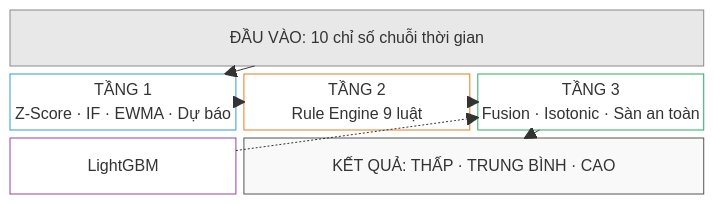
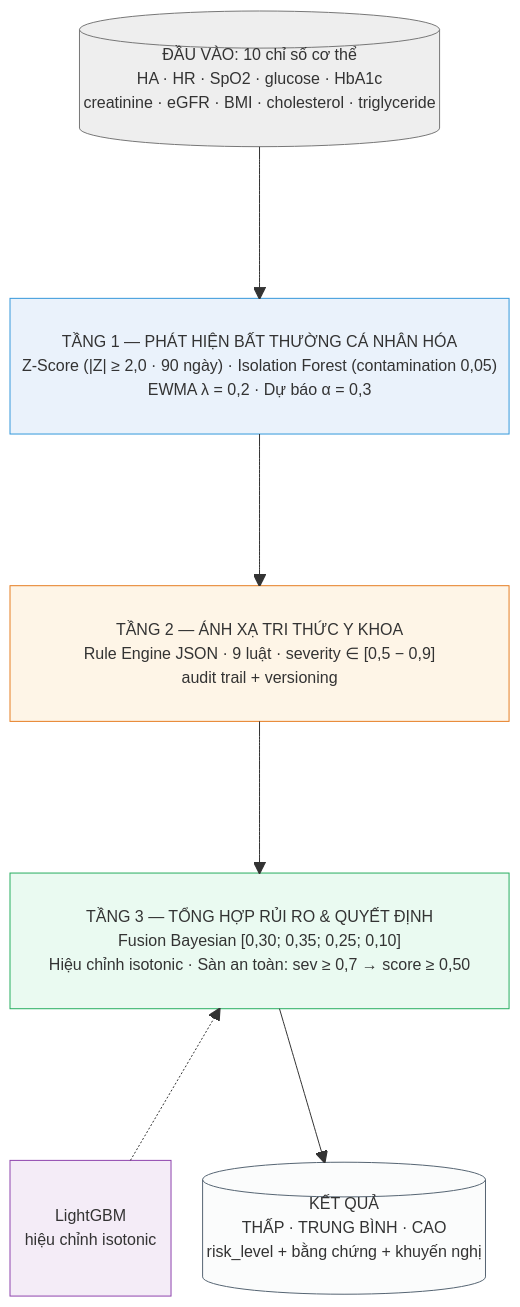
Before and after one commit to dotlinux26/health-risk-early-warning: the diagram in docs/figures/fig7_architecture_3d.mmd, drawn with Mermaid. The commit also changed 8 other files, not shown here.

```diff
--- a/docs/figures/fig7_architecture_3d.mmd
+++ b/docs/figures/fig7_architecture_3d.mmd
@@ -1,19 +1,23 @@
 block-beta
   columns 3
-  IN["ĐẦU VÀO: 10 chỉ số chuỗi thời gian"]:3
-  T1["TẦNG 1\nZ-Score · IF · EWMA · Dự báo"]:1
-  T2["TẦNG 2\nRule Engine 9 luật"]:1
-  T3["TẦNG 3\nFusion · Isotonic · Sàn an toàn"]:1
-  ML["LightGBM"]:1
-  OUT["KẾT QUẢ: THẤP · TRUNG BÌNH · CAO"]:2
+  IN[("ĐẦU VÀO: 10 chỉ số cơ thể\nHA · HR · SpO2 · glucose · HbA1c\ncreatinine · eGFR · BMI · cholesterol · triglyceride")]:3
+  space:3
+  T1["TẦNG 1 — PHÁT HIỆN BẤT THƯỜNG CÁ NHÂN HÓA\nZ-Score (|Z| ≥ 2,0 · 90 ngày) · Isolation Forest (contamination 0,05)\nEWMA λ = 0,2 · Dự báo α = 0,3"]:3
+  space:3
+  T2["TẦNG 2 — ÁNH XẠ TRI THỨC Y KHOA\nRule Engine JSON · 9 luật · severity ∈ [0,5 − 0,9]\naudit trail + versioning"]:3
+  space:3
+  T3["TẦNG 3 — TỔNG HỢP RỦI RO & QUYẾT ĐỊNH\nFusion Bayesian [0,30; 0,35; 0,25; 0,10]\nHiệu chỉnh isotonic · Sàn an toàn: sev ≥ 0,7 → score ≥ 0,50"]:3
+  space:3
+  ML["LightGBM\nhiệu chỉnh isotonic"]:1
+  OUT[("KẾT QUẢ\nTHẤP · TRUNG BÌNH · CAO\nrisk_level + bằng chứng + khuyến nghị")]:2
   IN --> T1
   T1 --> T2
   T2 --> T3
   ML -.-> T3
   T3 --> OUT
-  style IN fill:#e8e8e8,stroke:#888,color:#222
-  style T1 fill:#fff,stroke:#3498db,color:#222
-  style T2 fill:#fff,stroke:#e67e22,color:#222
-  style T3 fill:#fff,stroke:#27ae60,color:#222
-  style ML fill:#fff,stroke:#8e44ad,color:#222
-  style OUT fill:#f9f9f9,stroke:#555,color:#222
+  style IN fill:#eee,stroke:#777,color:#222
+  style T1 fill:#eaf2fb,stroke:#3498db,color:#222
+  style T2 fill:#fef5e7,stroke:#e67e22,color:#222
+  style T3 fill:#eafaf1,stroke:#27ae60,color:#222
+  style ML fill:#f4ecf7,stroke:#8e44ad,color:#222
+  style OUT fill:#fbfcfc,stroke:#566573,color:#222
```
